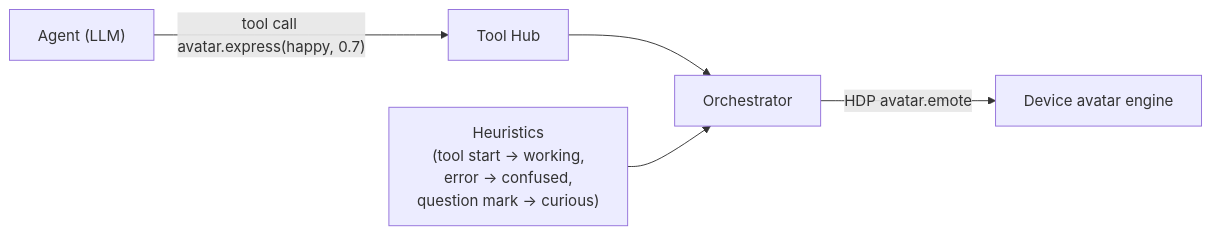
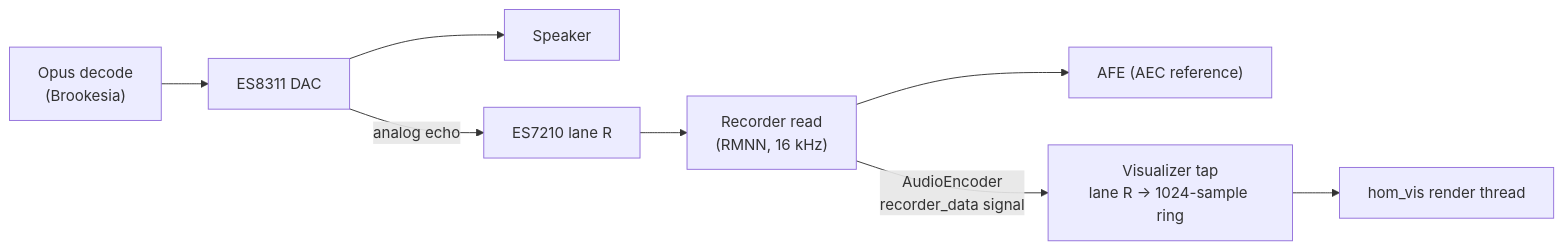
Before and after one commit to 0x1d/crucible: the diagram in docs/specification/06-avatar.md, drawn with Mermaid. The commit also changed other lines of this file and 5 other files, not shown here.

First line of the commit message:
docs(spec): Phase 2 re-specified as circular audio visualizer; face deferred

````diff
--- a/docs/specification/06-avatar.md
+++ b/docs/specification/06-avatar.md
@@ -111,7 +22,9 @@
 ```mermaid
 flowchart LR
-    A["Agent (LLM)"] -- "tool call avatar.express(happy, 0.7)" --> TH["Tool Hub"]
-    TH --> O["Orchestrator"]
-    H["Heuristics<br/>(tool start -> working,<br/>error -> confused,<br/>question mark -> curious)"] --> O
-    O -- "HDP avatar.emote" --> D["Device avatar engine"]
+    DEC["Opus decode<br/>(Brookesia)"] --> DAC["ES8311 DAC"] --> SPK["Speaker"]
+    DAC -- "analog echo" --> ADC["ES7210 lane R"]
+    ADC --> REC["Recorder read<br/>(RMNN, 16 kHz)"]
+    REC --> AFE["AFE (AEC reference)"]
+    REC -- "AudioEncoder<br/>recorder_data signal" --> TAP["Visualizer tap<br/>lane R → 1024-sample ring"]
+    TAP --> VIS["hom_vis render thread"]
 ```
````
